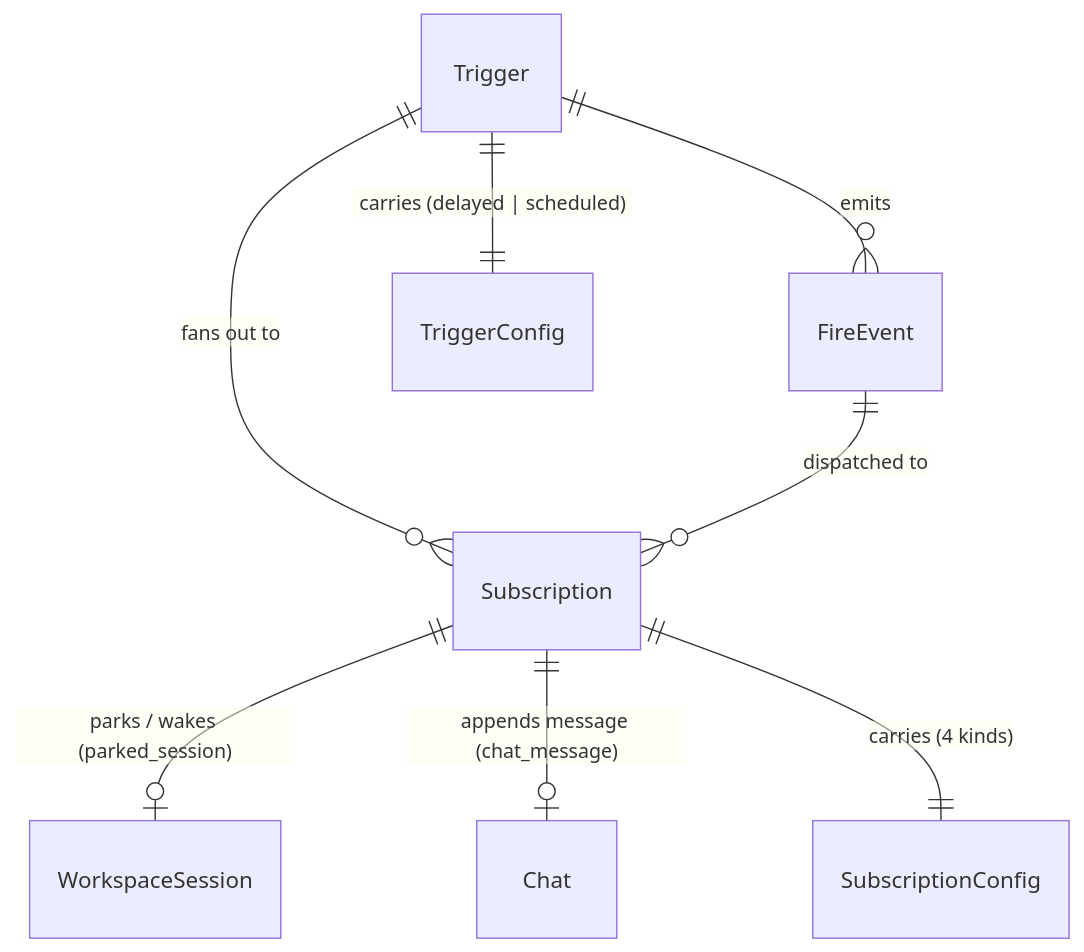
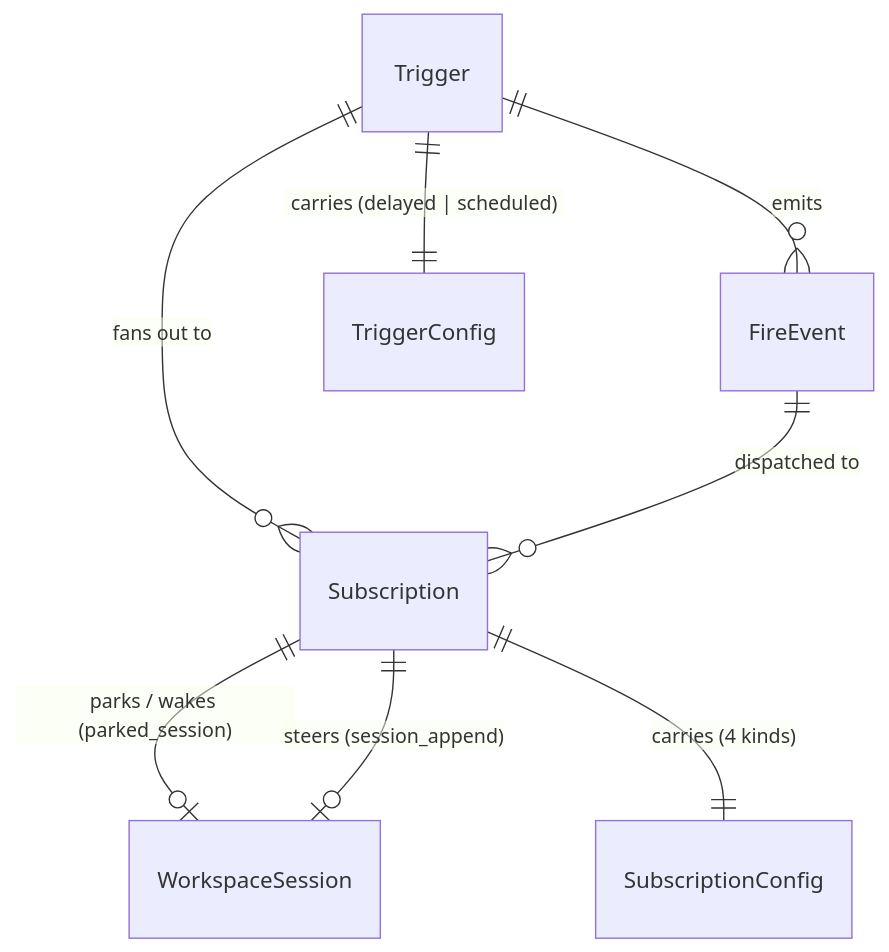
Before and after one commit to primerhq/primer: the first of 2 diagrams in docs/dev/subsystems/triggers.md, drawn with Mermaid. The commit also changed other lines of this file and 2 other files, not shown here.

````diff
--- a/docs/dev/subsystems/triggers.md
+++ b/docs/dev/subsystems/triggers.md
@@ -21,10 +23,10 @@
 ```mermaid
 erDiagram
     Trigger ||--o{ Subscription : "fans out to"
     Subscription ||--o| WorkspaceSession : "parks / wakes (parked_session)"
-    Subscription ||--o| Chat : "appends message (chat_message)"
+    Subscription ||--o| WorkspaceSession : "steers (session_append)"
     Trigger ||--o{ FireEvent : "emits"
     FireEvent ||--o{ Subscription : "dispatched to"
     Trigger ||--|| TriggerConfig : "carries (delayed | scheduled)"
     Subscription ||--|| SubscriptionConfig : "carries (4 kinds)"
 ```
````
